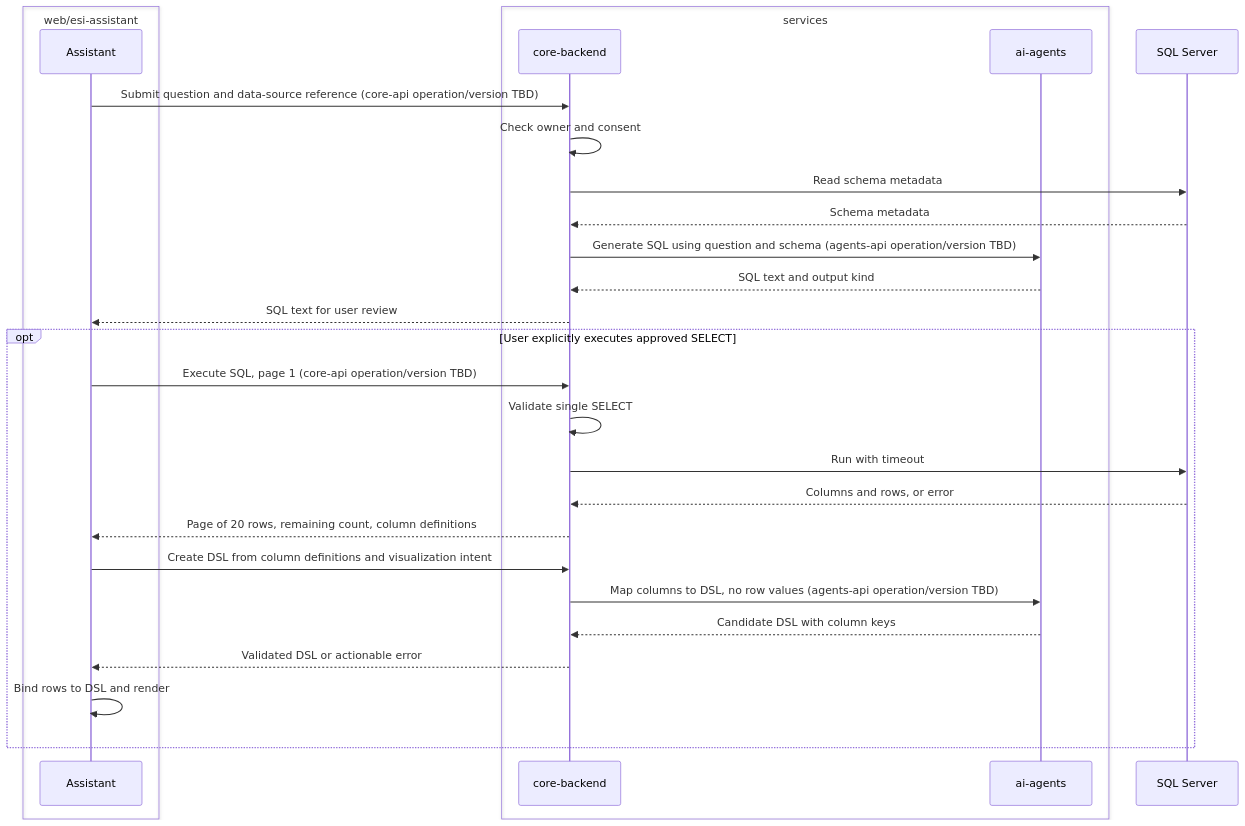
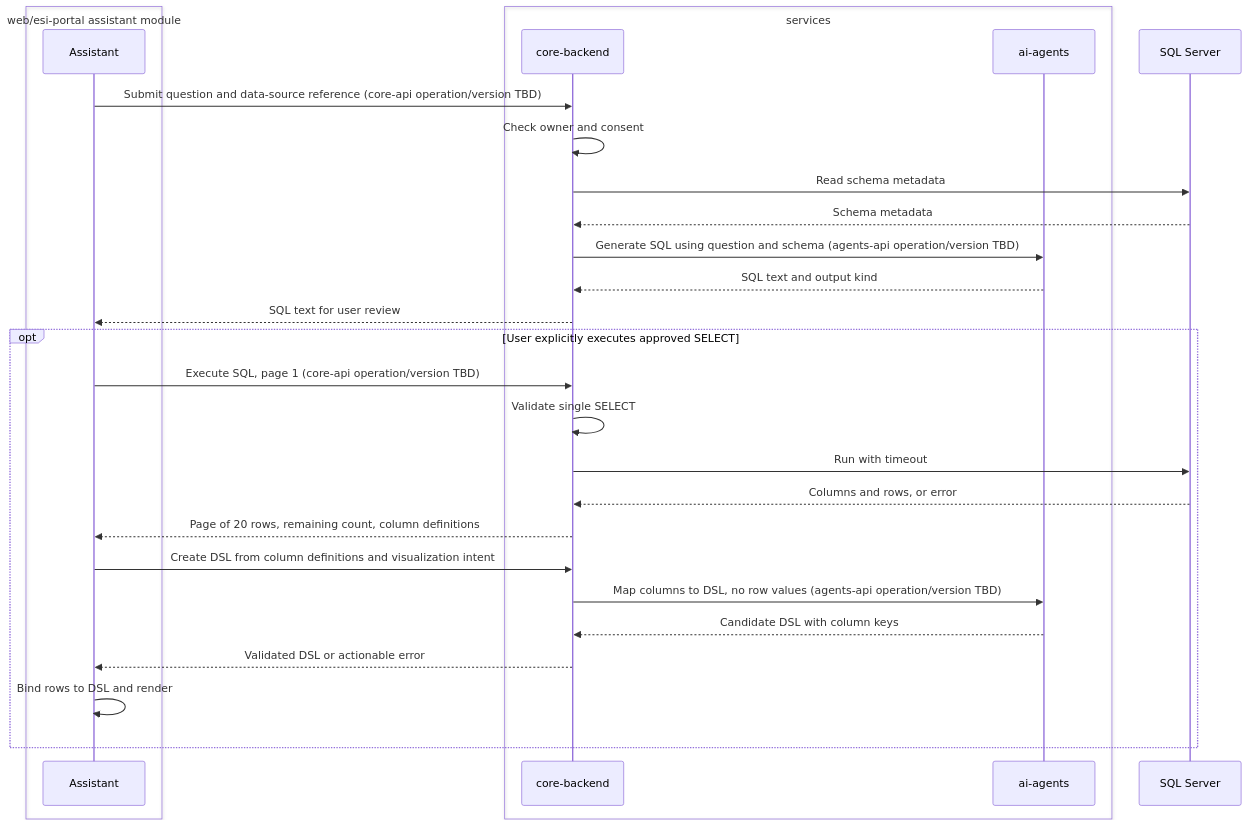
One commit to dtnam0899/edge-side-includes changed the third of 4 diagrams in docs/requirements/UR-1-bi-ai-assistant-web-application.md. Above: the diagram before and after it, drawn with Mermaid. The commit also changed other lines of this file and 12 other files, not shown here.

First line of the commit message:
docs(portal): make AI assistant an independent portal module

````diff
--- a/docs/requirements/UR-1-bi-ai-assistant-web-application.md
+++ b/docs/requirements/UR-1-bi-ai-assistant-web-application.md
@@ -241,30 +243,30 @@
 ```mermaid
 sequenceDiagram
-  box web/esi-assistant
+  box web/esi-portal assistant module
     participant W as Assistant
   end
   box services
     participant C as core-backend
     participant A as ai-agents
   end
   participant D as SQL Server
   W->>C: Submit question and data-source reference (core-api operation/version TBD)
   C->>C: Check owner and consent
   C->>D: Read schema metadata
   D-->>C: Schema metadata
   C->>A: Generate SQL using question and schema (agents-api operation/version TBD)
   A-->>C: SQL text and output kind
   C-->>W: SQL text for user review
   opt User explicitly executes approved SELECT
     W->>C: Execute SQL, page 1 (core-api operation/version TBD)
     C->>C: Validate single SELECT
     C->>D: Run with timeout
     D-->>C: Columns and rows, or error
     C-->>W: Page of 20 rows, remaining count, column definitions
     W->>C: Create DSL from column definitions and visualization intent
     C->>A: Map columns to DSL, no row values (agents-api operation/version TBD)
     A-->>C: Candidate DSL with column keys
     C-->>W: Validated DSL or actionable error
     W->>W: Bind rows to DSL and render
   end
 ```
````
